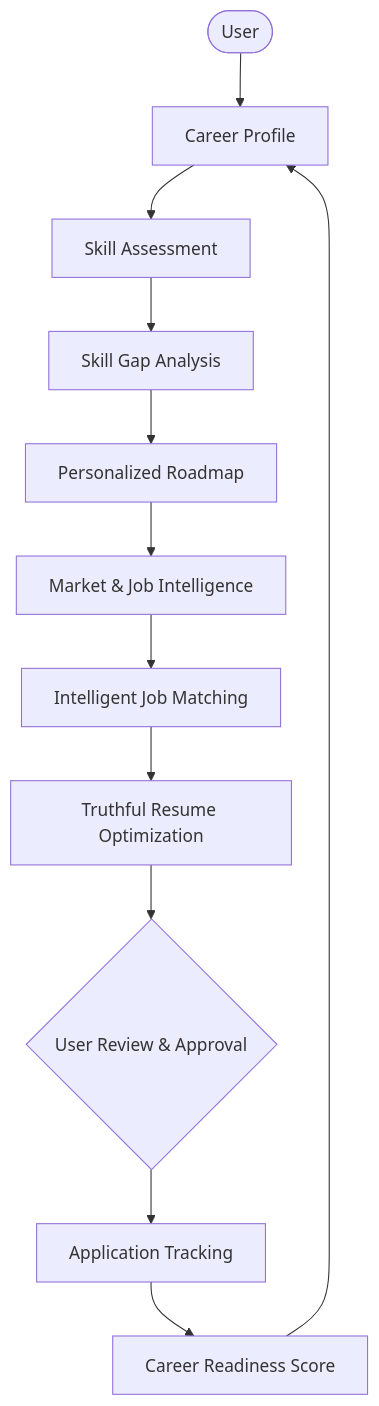
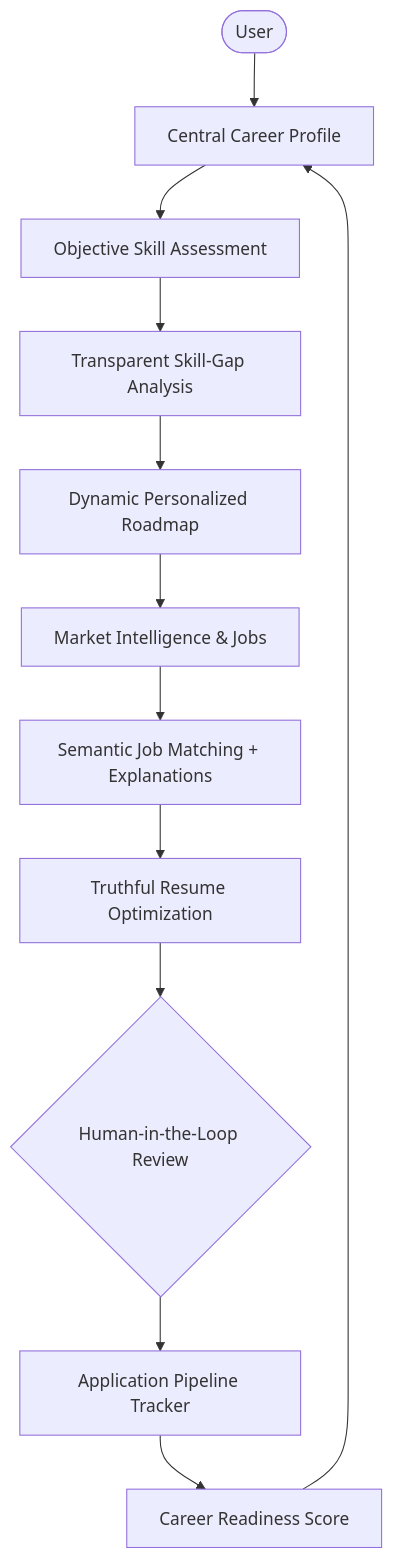
Before and after one commit to SharmaaAnmol/CoachPath: the diagram in README.md, drawn with Mermaid. The commit also changed other lines of this file and 1 other file, not shown here.

````diff
--- a/README.md
+++ b/README.md
@@ -13,14 +25,14 @@
 ```mermaid
 flowchart TD
-    User([User]) --> Profile[Career Profile]
-    Profile --> Assessment[Skill Assessment]
-    Assessment --> Gap[Skill Gap Analysis]
-    Gap --> Roadmap[Personalized Roadmap]
-    Roadmap --> Market[Market & Job Intelligence]
-    Market --> Matching[Intelligent Job Matching]
+    User([User]) --> Profile[Central Career Profile]
+    Profile --> Assessment[Objective Skill Assessment]
+    Assessment --> Gap[Transparent Skill-Gap Analysis]
+    Gap --> Roadmap[Dynamic Personalized Roadmap]
+    Roadmap --> Market[Market Intelligence & Jobs]
+    Market --> Matching[Semantic Job Matching + Explanations]
     Matching --> Resume[Truthful Resume Optimization]
-    Resume --> Approval{User Review & Approval}
-    Approval --> Tracker[Application Tracking]
+    Resume --> Approval{Human-in-the-Loop Review}
+    Approval --> Tracker[Application Pipeline Tracker]
     Tracker --> Readiness[Career Readiness Score]
     Readiness --> Profile
 ```
````
